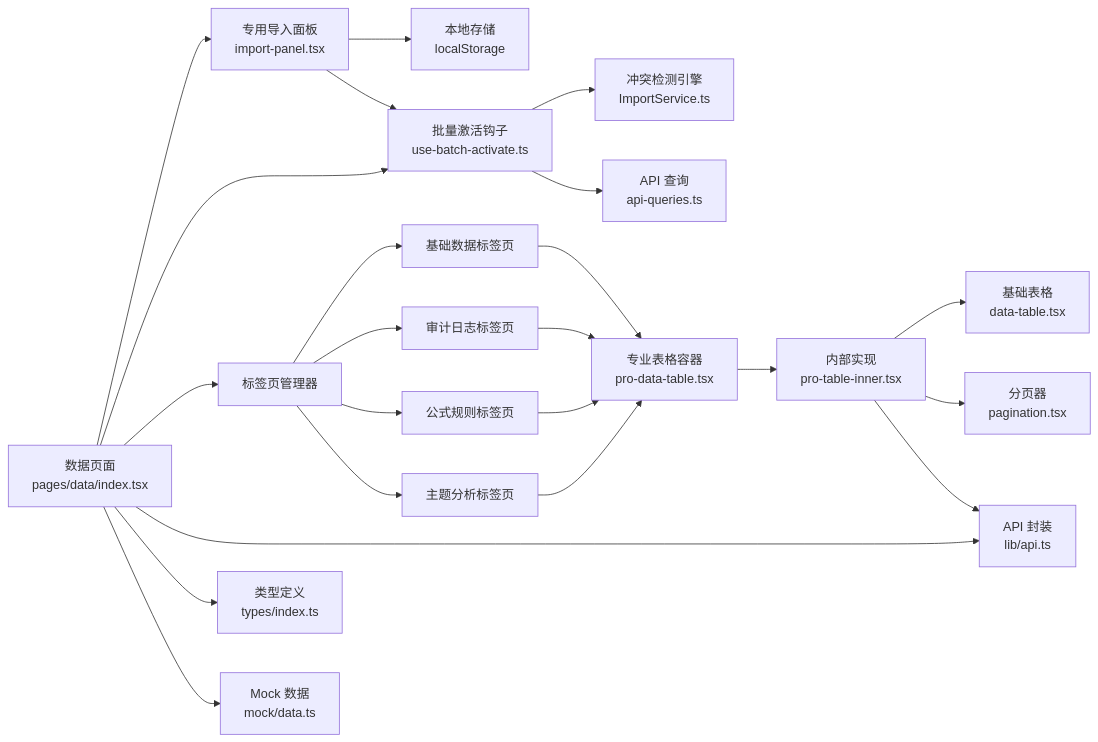
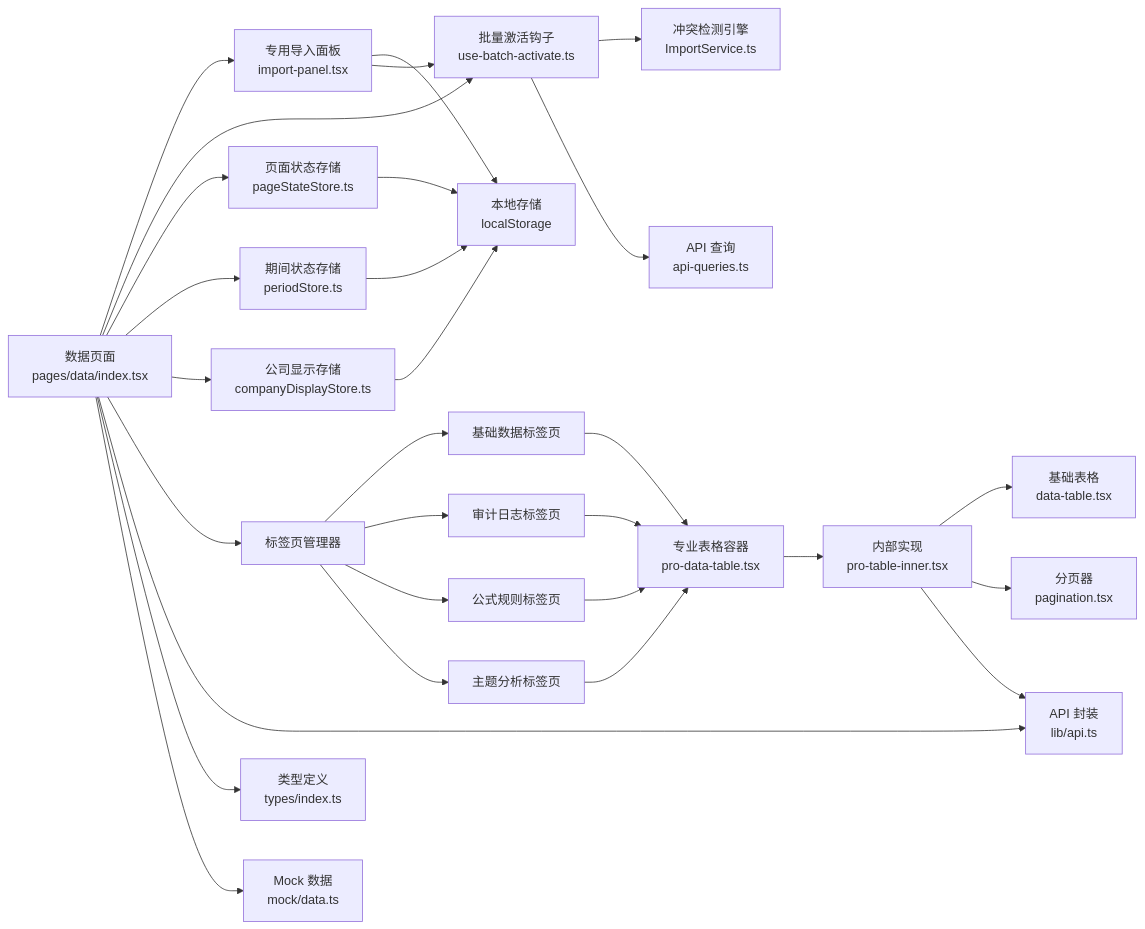
Before and after one commit to Damao997/newproject: the fifth of 5 diagrams in .qoder/repowiki/zh/content/页面组件/数据管理页面/数据管理页面.md, drawn with Mermaid. The commit also changed other lines of this file and 22 other files, not shown here.

````diff
--- a/.qoder/repowiki/zh/content/页面组件/数据管理页面/数据管理页面.md
+++ b/.qoder/repowiki/zh/content/页面组件/数据管理页面/数据管理页面.md
@@ -406,25 +531,31 @@
 ```mermaid
 graph LR
 DataPage["数据页面<br/>pages/data/index.tsx"] --> ImportPanel["专用导入面板<br/>import-panel.tsx"]
 DataPage --> BatchHook["批量激活钩子<br/>use-batch-activate.ts"]
+DataPage --> PageStore["页面状态存储<br/>pageStateStore.ts"]
+DataPage --> PeriodStore["期间状态存储<br/>periodStore.ts"]
+DataPage --> CompanyStore["公司显示存储<br/>companyDisplayStore.ts"]
 DataPage --> TabManager["标签页管理器"]
 TabManager --> Tab1["基础数据标签页"]
 TabManager --> Tab2["审计日志标签页"]
 TabManager --> Tab3["公式规则标签页"]
 TabManager --> Tab4["主题分析标签页"]
 ImportPanel --> LocalStorage["本地存储<br/>localStorage"]
 ImportPanel --> BatchHook
 BatchHook --> ConflictEngine["冲突检测引擎<br/>ImportService.ts"]
 BatchHook --> APIQueries["API 查询<br/>api-queries.ts"]
+PageStore --> LocalStorage
+PeriodStore --> LocalStorage
+CompanyStore --> LocalStorage
 Tab1 --> Pro["专业表格容器<br/>pro-data-table.tsx"]
 Tab2 --> Pro
 Tab3 --> Pro
 Tab4 --> Pro
 Pro --> Inner["内部实现<br/>pro-table-inner.tsx"]
 Inner --> Base["基础表格<br/>data-table.tsx"]
 Inner --> Pag["分页器<br/>pagination.tsx"]
 DataPage --> API["API 封装<br/>lib/api.ts"]
 Inner --> API
 DataPage --> Types["类型定义<br/>types/index.ts"]
 DataPage --> Mock["Mock 数据<br/>mock/data.ts"]
 ```
````
